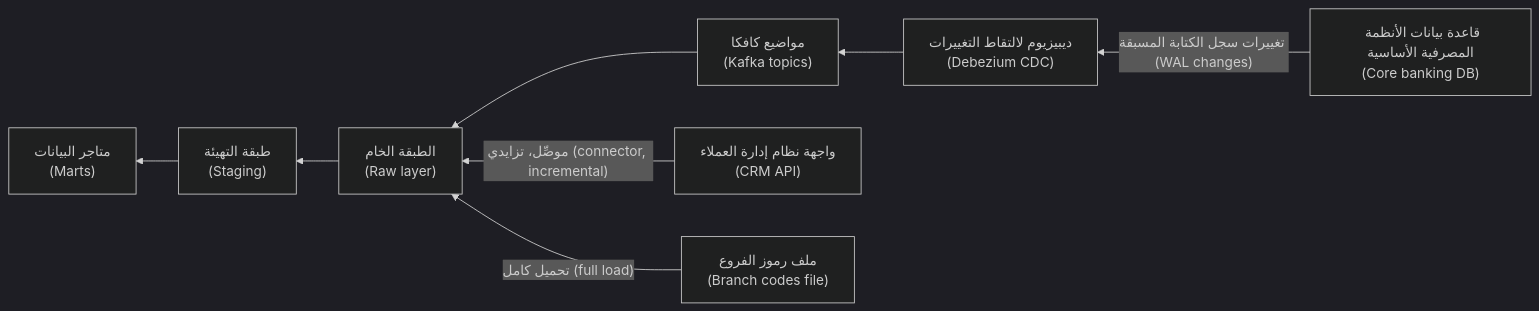
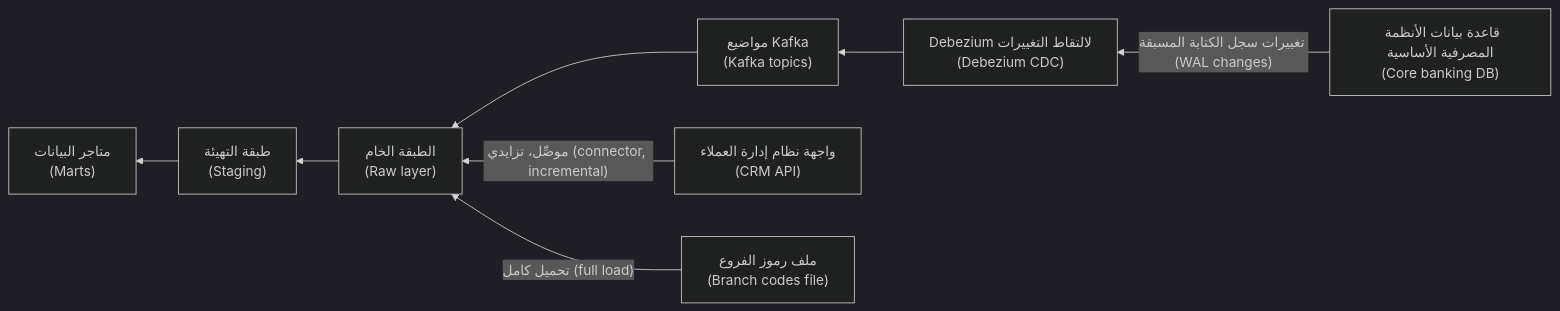
One commit to Tamoura/system-design-for-vibe-coders changed the first of 3 diagrams in data/modules/02-pipelines.ar.md. Above: the diagram before and after it, drawn with Mermaid (dark theme). The commit also changed other lines of this file and 551 other files, not shown here.

````diff
--- a/data/modules/02-pipelines.ar.md
+++ b/data/modules/02-pipelines.ar.md
@@ -69,10 +69,10 @@
 ```mermaid
 flowchart RL
-  A["قاعدة بيانات الأنظمة المصرفية الأساسية<br/>(Core banking DB)"] -->|"تغييرات سجل الكتابة المسبقة (WAL changes)"| B["ديبيزيوم لالتقاط التغييرات<br/>(Debezium CDC)"]
-  B --> C["مواضيع كافكا<br/>(Kafka topics)"]
+  A["قاعدة بيانات الأنظمة المصرفية الأساسية<br/>(Core banking DB)"] -->|"تغييرات سجل الكتابة المسبقة (WAL changes)"| B["Debezium لالتقاط التغييرات<br/>(Debezium CDC)"]
+  B --> C["مواضيع Kafka<br/>(Kafka topics)"]
   C --> D["الطبقة الخام<br/>(Raw layer)"]
   E["واجهة نظام إدارة العملاء<br/>(CRM API)"] -->|"موصِّل، تزايدي (connector, incremental)"| D
   F["ملف رموز الفروع<br/>(Branch codes file)"] -->|"تحميل كامل (full load)"| D
   D --> G["طبقة التهيئة<br/>(Staging)"]
   G --> H["متاجر البيانات<br/>(Marts)"]
 ```
````
